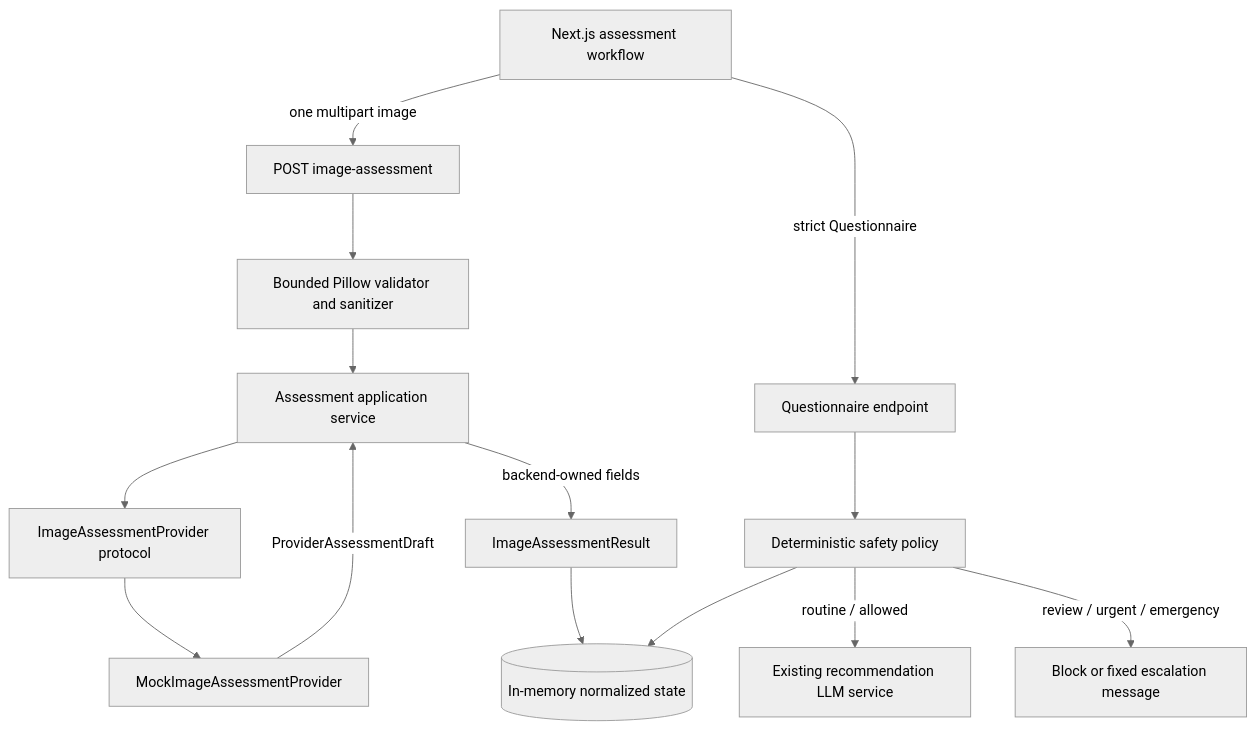
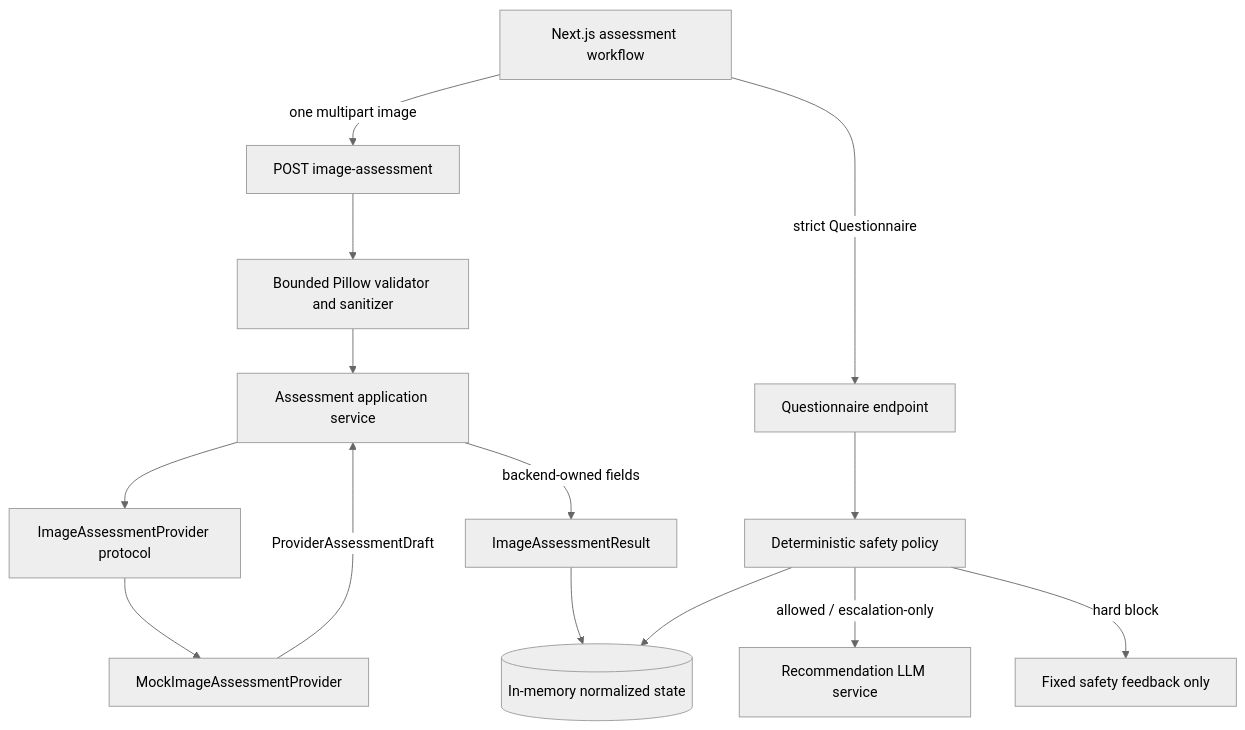
One commit to 2024bse134-afk/skinSenseAfrica changed the diagram in docs/F001A_GUARDED_ASSESSMENT_FOUNDATION.md. Above: the diagram before and after it, drawn with Mermaid (neutral theme). The commit also changed other lines of this file and 25 other files, not shown here.

````diff
--- a/docs/F001A_GUARDED_ASSESSMENT_FOUNDATION.md
+++ b/docs/F001A_GUARDED_ASSESSMENT_FOUNDATION.md
@@ -11,16 +11,16 @@
 ```mermaid
 flowchart TD
     UI[Next.js assessment workflow] -->|one multipart image| API[POST image-assessment]
     API --> V[Bounded Pillow validator and sanitizer]
     V --> O[Assessment application service]
     O --> P[ImageAssessmentProvider protocol]
     P --> M[MockImageAssessmentProvider]
     M -->|ProviderAssessmentDraft| O
     O -->|backend-owned fields| R[ImageAssessmentResult]
     R --> S[(In-memory normalized state)]
     UI -->|strict Questionnaire| Q[Questionnaire endpoint]
     Q --> D[Deterministic safety policy]
     D --> S
-    D -->|routine / allowed| REC[Existing recommendation LLM service]
-    D -->|review / urgent / emergency| STOP[Block or fixed escalation message]
+    D -->|allowed / escalation-only| REC[Recommendation LLM service]
+    D -->|hard block| STOP[Fixed safety feedback only]
 ```
````
